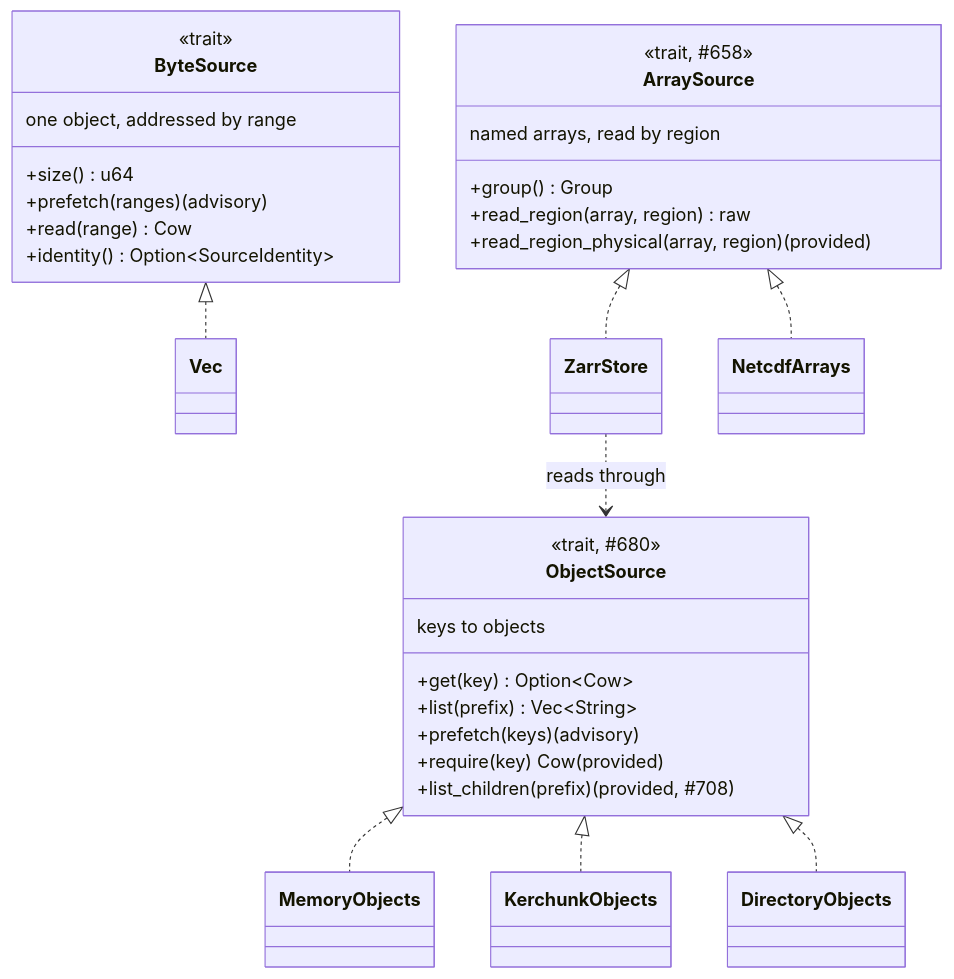
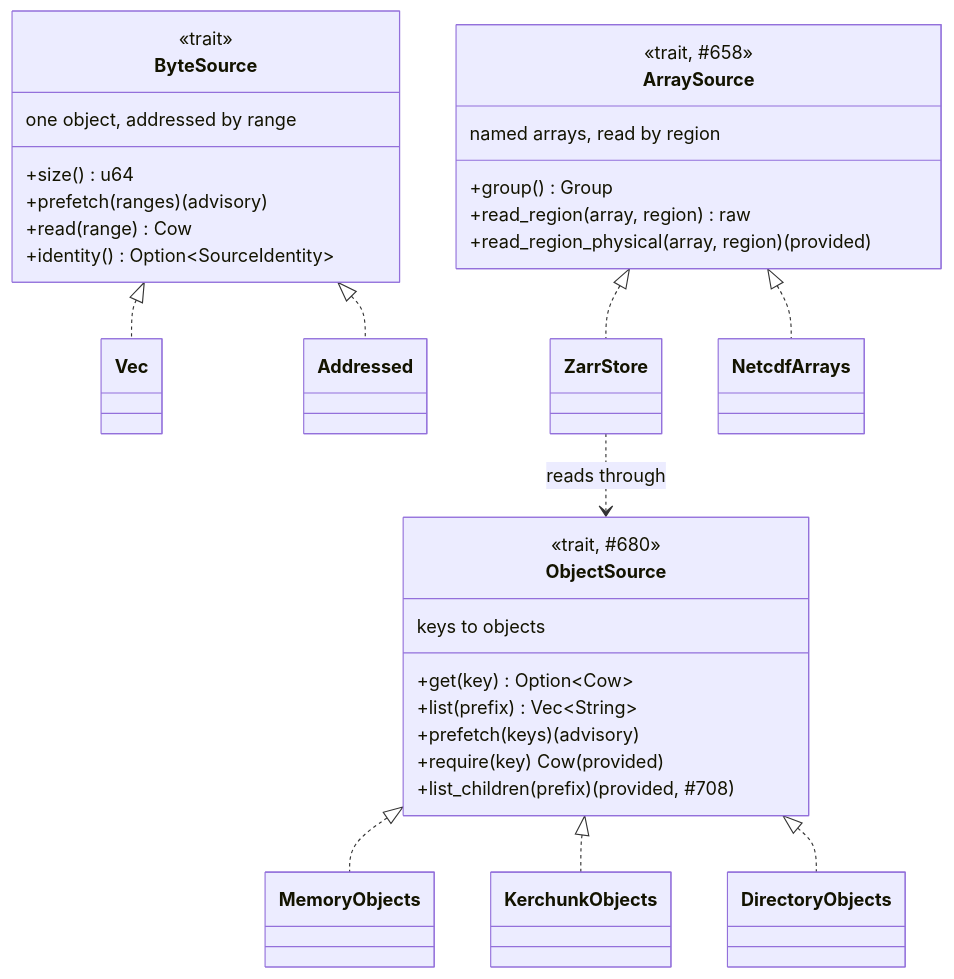
The first of 6 diagrams in docs/architecture/02-trait-seams.md (D0ubleD0uble/fieldglass), drawn with Mermaid before and after one commit. The commit also changed other lines of this file and 25 other files, not shown here.

````diff
--- a/docs/architecture/02-trait-seams.md
+++ b/docs/architecture/02-trait-seams.md
@@ -161,36 +166,37 @@
 ```mermaid
 classDiagram
     class ByteSource {
         <<trait>>
         one object, addressed by range
         +size() u64
         +prefetch(ranges) (advisory)
         +read(range) Cow
         +identity() Option~SourceIdentity~
     }
     class ObjectSource {
         <<trait, #680>>
         keys to objects
         +get(key) Option~Cow~
         +list(prefix) Vec~String~
         +prefetch(keys) (advisory)
         +require(key) Cow (provided)
         +list_children(prefix) (provided, #708)
     }
 
     class ArraySource {
         <<trait, #658>>
         named arrays, read by region
         +group() Group
         +read_region(array, region) raw
         +read_region_physical(array, region) (provided)
     }
 
     ByteSource <|.. Vec
+    ByteSource <|.. Addressed
     ObjectSource <|.. MemoryObjects
     ObjectSource <|.. KerchunkObjects
     ObjectSource <|.. DirectoryObjects
     ArraySource <|.. ZarrStore
     ArraySource <|.. NetcdfArrays
     ZarrStore ..> ObjectSource : reads through
 ```
````
